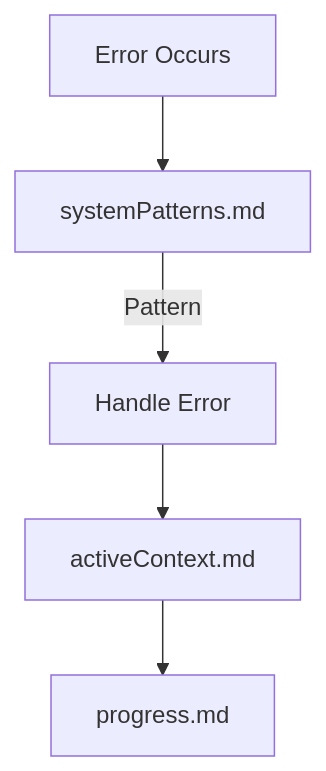
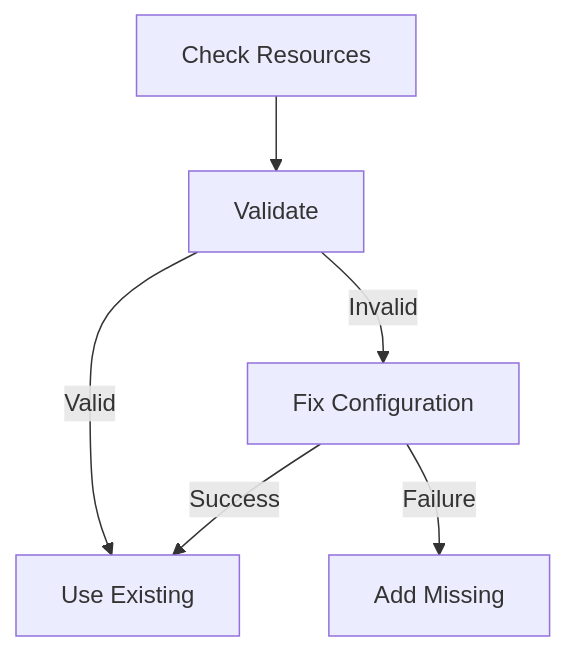
Before and after one commit to Inkmortal/LLM_Benchmarking: the third of 3 diagrams in cline_memory/memoryRegistry.md, drawn with Mermaid. The commit also changed other lines of this file and 5 other files, not shown here.

````diff
--- a/cline_memory/memoryRegistry.md
+++ b/cline_memory/memoryRegistry.md
@@ -99,7 +99,8 @@
 ```mermaid
 flowchart TD
-    Error[Error Occurs] --> SP[systemPatterns.md]
-    SP -->|Pattern| Handle[Handle Error]
-    Handle --> AC[activeContext.md]
-    AC --> PR[progress.md]
+    Check[Check Resources] --> Validate[Validate]
+    Validate -->|Valid| Use[Use Existing]
+    Validate -->|Invalid| Fix[Fix Configuration]
+    Fix -->|Success| Use
+    Fix -->|Failure| Add[Add Missing]
 ```
````
